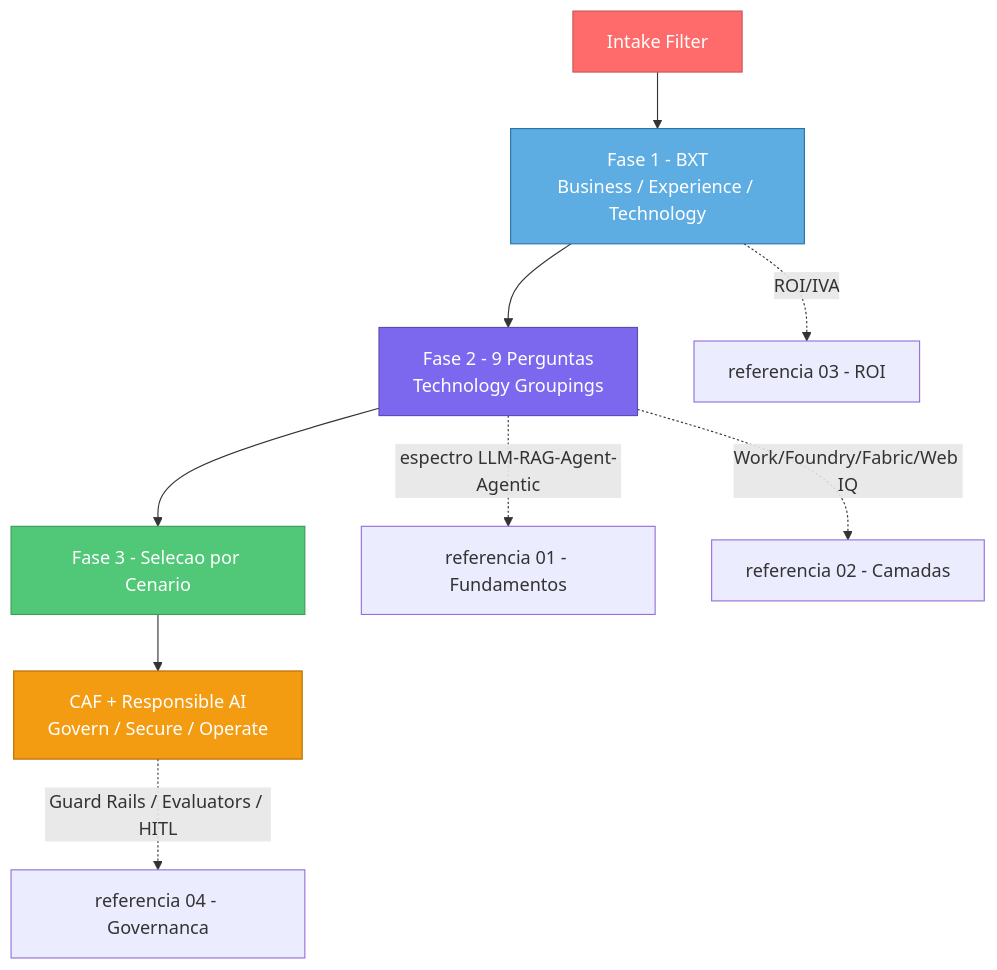
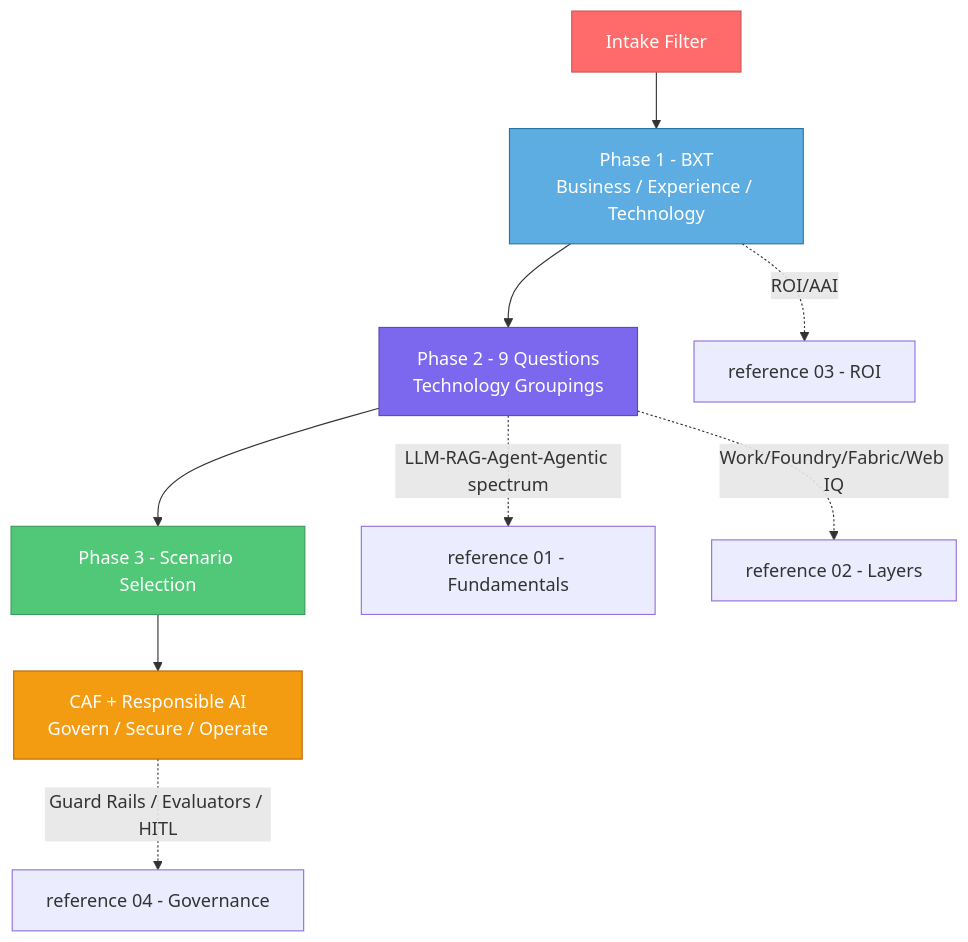
One commit to fabioharams/hubsp-ai-skill changed the diagram in referencias/05-decision-framework-bxt.md. Above: the diagram before and after it, drawn with Mermaid. The commit also changed other lines of this file and 21 other files, not shown here.

````diff
--- a/referencias/05-decision-framework-bxt.md
+++ b/referencias/05-decision-framework-bxt.md
@@ -119,18 +119,18 @@
 ```mermaid
 flowchart TD
-    IF[Intake Filter] --> BXT[Fase 1 - BXT<br/>Business / Experience / Technology]
-    BXT --> Q9[Fase 2 - 9 Perguntas<br/>Technology Groupings]
-    Q9 --> SEL[Fase 3 - Selecao por Cenario]
+    IF[Intake Filter] --> BXT[Phase 1 - BXT<br/>Business / Experience / Technology]
+    BXT --> Q9[Phase 2 - 9 Questions<br/>Technology Groupings]
+    Q9 --> SEL[Phase 3 - Scenario Selection]
     SEL --> GOV[CAF + Responsible AI<br/>Govern / Secure / Operate]
 
-    BXT -. ROI/IVA .-> R3[referencia 03 - ROI]
-    Q9 -. espectro LLM-RAG-Agent-Agentic .-> R1[referencia 01 - Fundamentos]
-    Q9 -. Work/Foundry/Fabric/Web IQ .-> R2[referencia 02 - Camadas]
-    GOV -. Guard Rails / Evaluators / HITL .-> R4[referencia 04 - Governanca]
+    BXT -. ROI/AAI .-> R3[reference 03 - ROI]
+    Q9 -. LLM-RAG-Agent-Agentic spectrum .-> R1[reference 01 - Fundamentals]
+    Q9 -. Work/Foundry/Fabric/Web IQ .-> R2[reference 02 - Layers]
+    GOV -. Guard Rails / Evaluators / HITL .-> R4[reference 04 - Governance]
 
     style IF fill:#FF6B6B,stroke:#CC5555,color:#fff
     style BXT fill:#5DADE2,stroke:#2874A6,color:#fff
     style Q9 fill:#7B68EE,stroke:#5A4DB0,color:#fff
     style SEL fill:#50C878,stroke:#3A9B5C,color:#fff
     style GOV fill:#F39C12,stroke:#BA6A00,color:#fff
 ```
````
